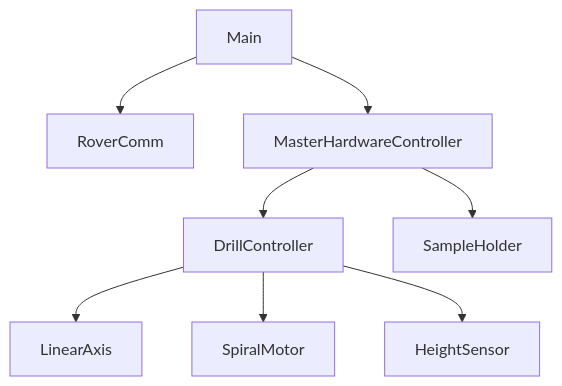
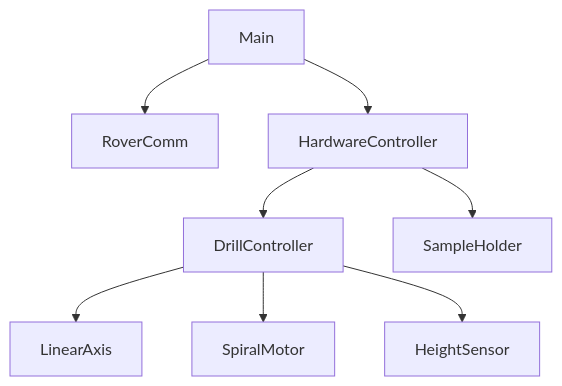
Before and after one commit to BrnoMarsRover/Drilling: the diagram in README.md, drawn with Mermaid.

````diff
--- a/README.md
+++ b/README.md
@@ -21,10 +21,10 @@
 ```mermaid
 graph TD;
     Main-->RoverComm;
-    Main-->MasterHardwareController;
-    MasterHardwareController-->DrillController;
-    MasterHardwareController-->SampleHolder;
+    Main-->HardwareController;
+    HardwareController-->DrillController;
+    HardwareController-->SampleHolder;
     DrillController-->LinearAxis;
     DrillController-->SpiralMotor;
   	DrillController-->HeightSensor;
 ```
````
